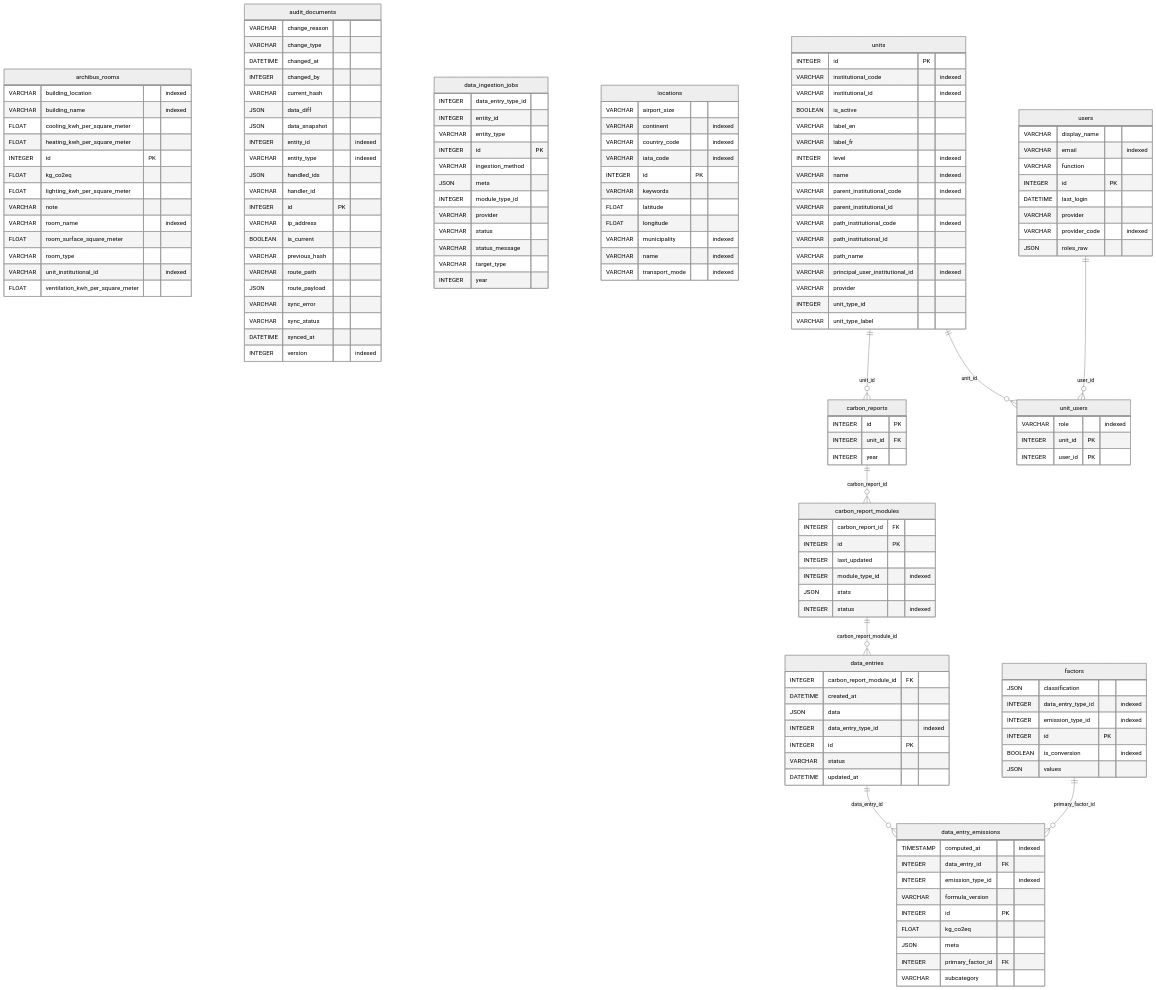
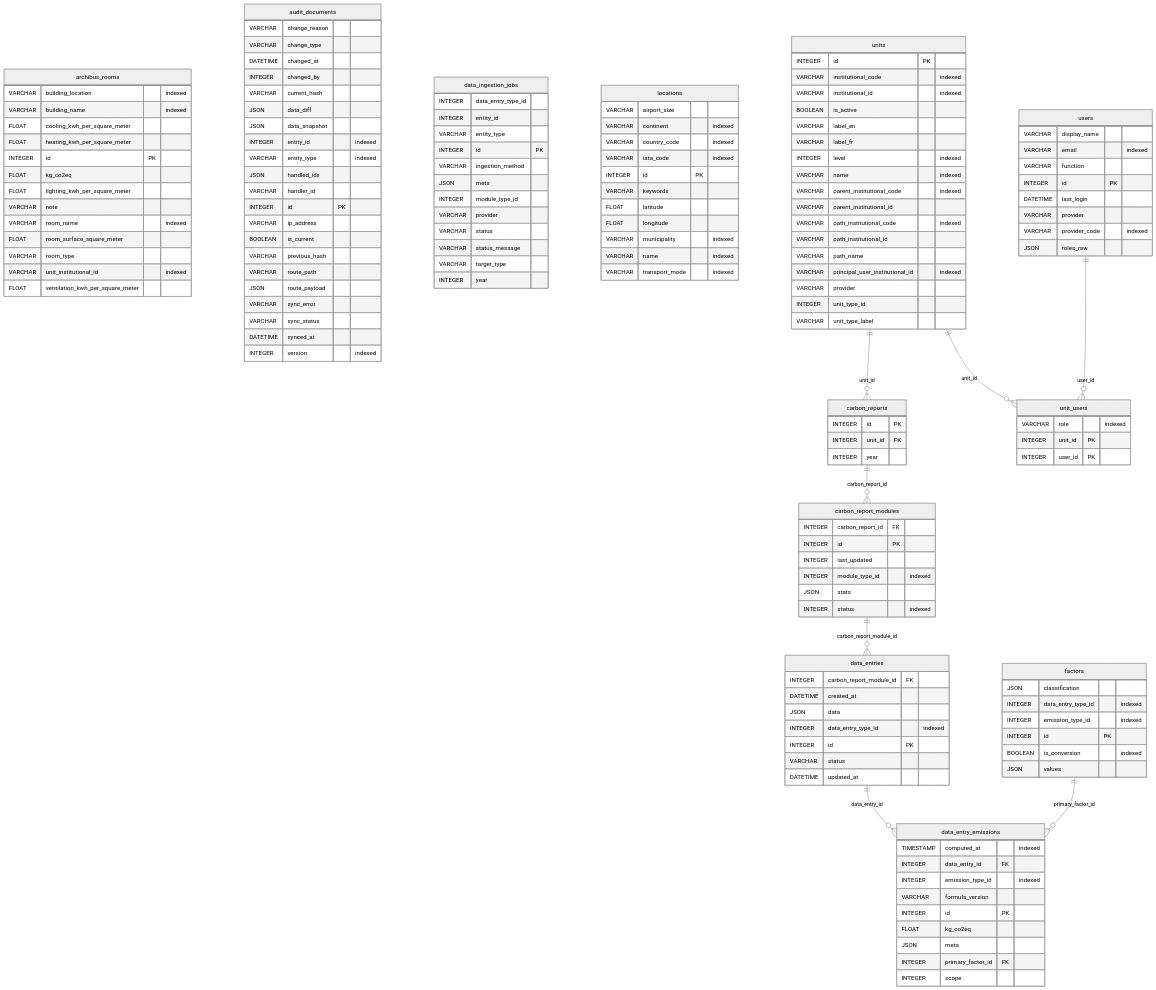
Before and after one commit to EPFL-ENAC/co2-calculator: the diagram in docs/src/database/erd.md, drawn with Mermaid (neutral theme). The commit also changed 24 other files, not shown here.

```diff
--- a/docs/src/database/erd.md
+++ b/docs/src/database/erd.md
@@ -71,7 +71,7 @@
     FLOAT kg_co2eq
     JSON meta
     INTEGER primary_factor_id FK
-    VARCHAR subcategory
+    INTEGER scope
   }
   data_ingestion_jobs {
     INTEGER data_entry_type_id
```
